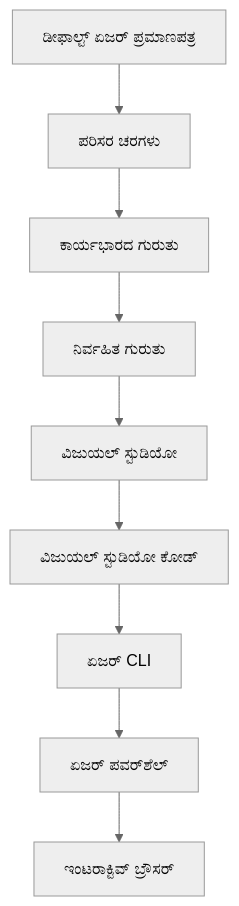
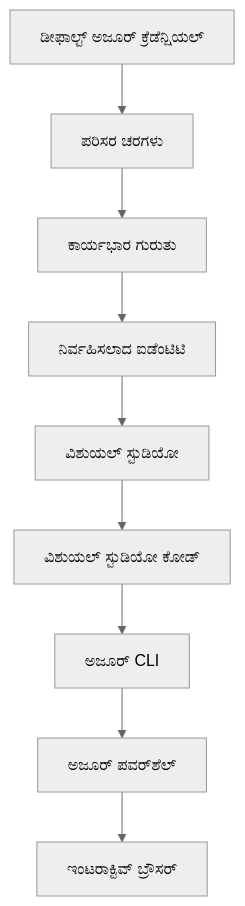
Before and after one commit to microsoft/AZD-for-beginners: the second of 2 diagrams in translations/kn/docs/chapter-01-foundation/azd-basics.md, drawn with Mermaid (neutral theme). The commit also changed other lines of this file and 102 other files, not shown here.

````diff
--- a/translations/kn/docs/chapter-01-foundation/azd-basics.md
+++ b/translations/kn/docs/chapter-01-foundation/azd-basics.md
@@ -556,11 +591,11 @@
 ```mermaid
 graph TD
-    A[ಡೀಫಾಲ್ಟ್ ಏಜರ್ ಪ್ರಮಾಣಪತ್ರ] --> B[ಪರಿಸರ ಚರಗಳು]
-    B --> C[ಕಾರ್ಯಭಾರದ ಗುರುತು]
-    C --> D[ನಿರ್ವಹಿತ ಗುರುತು]
-    D --> E[ವಿಜುಯಲ್ ಸ್ಟುಡಿಯೋ]
-    E --> F[ವಿಜುಯಲ್ ಸ್ಟುಡಿಯೋ ಕೋಡ್]
-    F --> G[ಏಜರ್ CLI]
-    G --> H[ಏಜರ್ ಪವರ್‌ಶೆಲ್]
+    A[ಡೀಫಾಲ್ಟ್ ಅಜೂರ್ ಕ್ರೆಡೆನ್ಷಿಯಲ್] --> B[ಪರಿಸರ ಚರಗಳು]
+    B --> C[ಕಾರ್ಯಭಾರ ಗುರುತು]
+    C --> D[ನಿರ್ವಹಿಸಲಾದ ಐಡೆಂಟಿಟಿ]
+    D --> E[ವಿಶುಯಲ್ ಸ್ಟುಡಿಯೋ]
+    E --> F[ವಿಶುಯಲ್ ಸ್ಟುಡಿಯೋ ಕೋಡ್]
+    F --> G[ಅಜೂರ್ CLI]
+    G --> H[ಅಜೂರ್ ಪವರ್‌ಶೆಲ್]
     H --> I[ಇಂಟರಾಕ್ಟಿವ್ ಬ್ರೌಸರ್]
 ```
````
